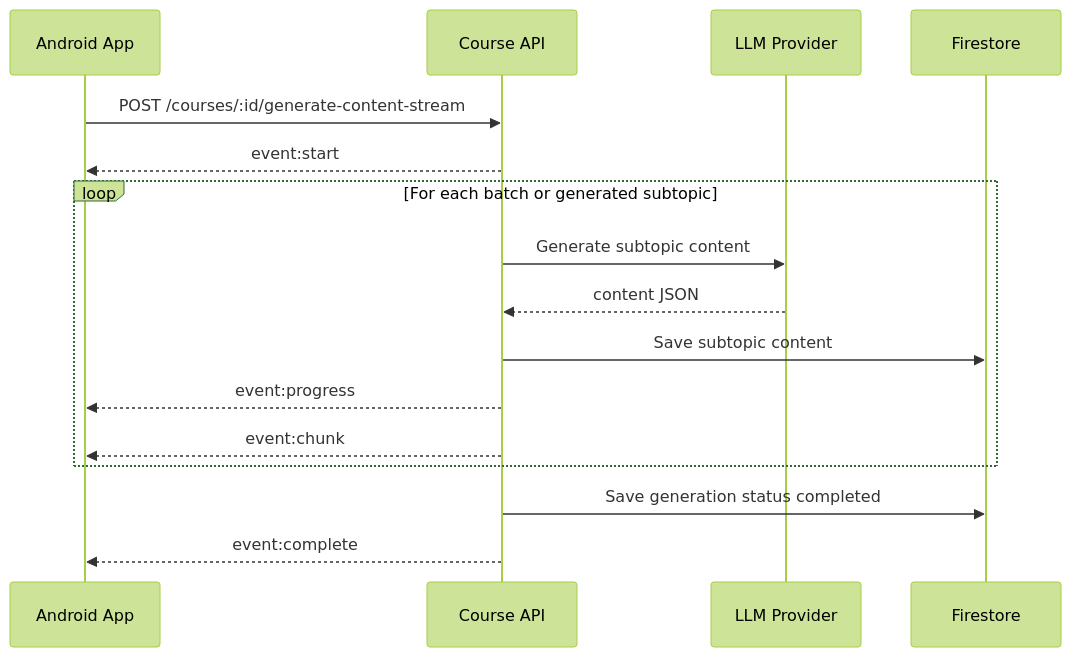
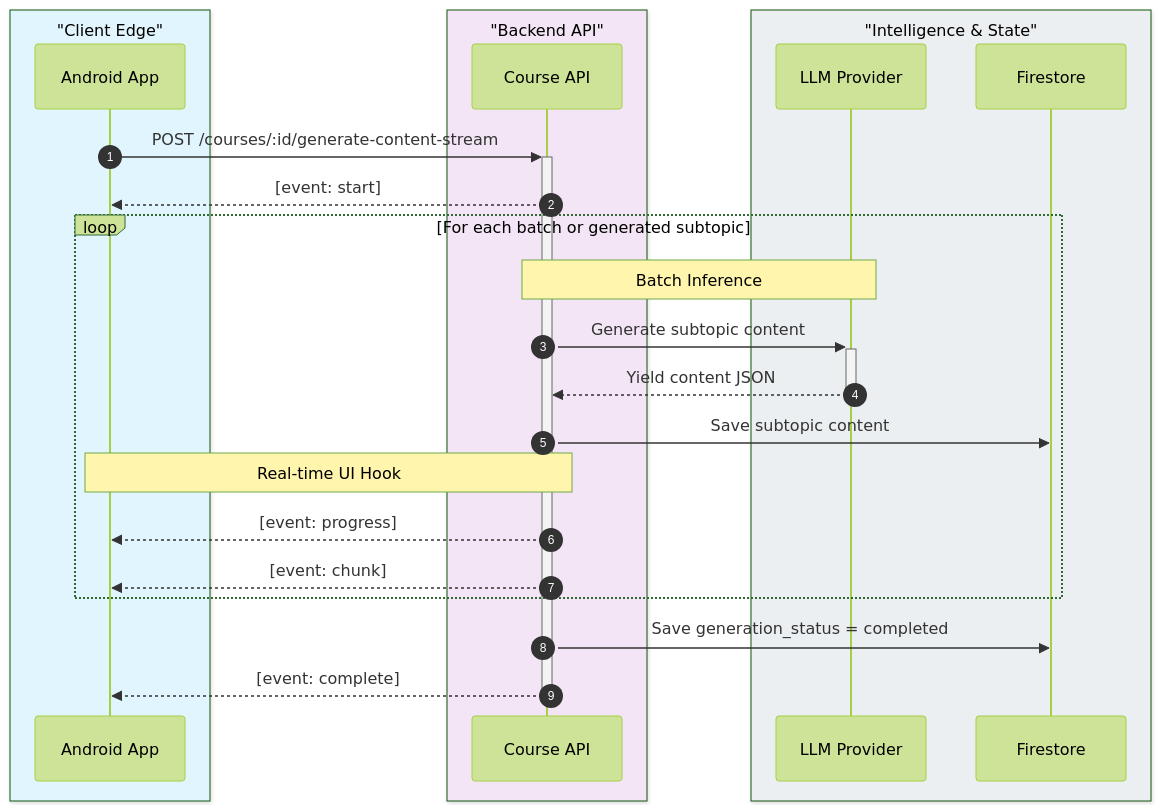
Before and after one commit to codeW-Krish/ai-course-backend: the third of 8 diagrams in ARCHITECTURE.md, drawn with Mermaid (forest theme). The commit also changed other lines of this file and 1 other file, not shown here.

Commit message:
update diagram

````diff
--- a/ARCHITECTURE.md
+++ b/ARCHITECTURE.md
@@ -70,21 +146,34 @@
 ```mermaid
 sequenceDiagram
-    participant A as Android App
-    participant API as Course API
-    participant LLM as LLM Provider
-    participant DB as Firestore
+    autonumber
 
-    A->>API: POST /courses/:id/generate-content-stream
-    API-->>A: event:start
+    box rgb(225, 245, 254) "Client Edge"
+        participant A as Android App
+    end
+    
+    box rgb(243, 229, 245) "Backend API"
+        participant API as Course API
+    end
+    
+    box rgb(236, 239, 241) "Intelligence & State"
+        participant LLM as LLM Provider
+        participant DB as Firestore
+    end
+
+    A->>+API: POST /courses/:id/generate-content-stream
+    API-->>A: [event: start]
 
     loop For each batch or generated subtopic
-        API->>LLM: Generate subtopic content
-        LLM-->>API: content JSON
+        Note over API,LLM: Batch Inference
+        API->>+LLM: Generate subtopic content
+        LLM-->>-API: Yield content JSON
         API->>DB: Save subtopic content
-        API-->>A: event:progress
-        API-->>A: event:chunk
+        
+        Note over API,A: Real-time UI Hook
+        API-->>A: [event: progress]
+        API-->>A: [event: chunk]
     end
 
-    API->>DB: Save generation status completed
-    API-->>A: event:complete
+    API->>DB: Save generation_status = completed
+    API-->>-A: [event: complete]
 ```
````
